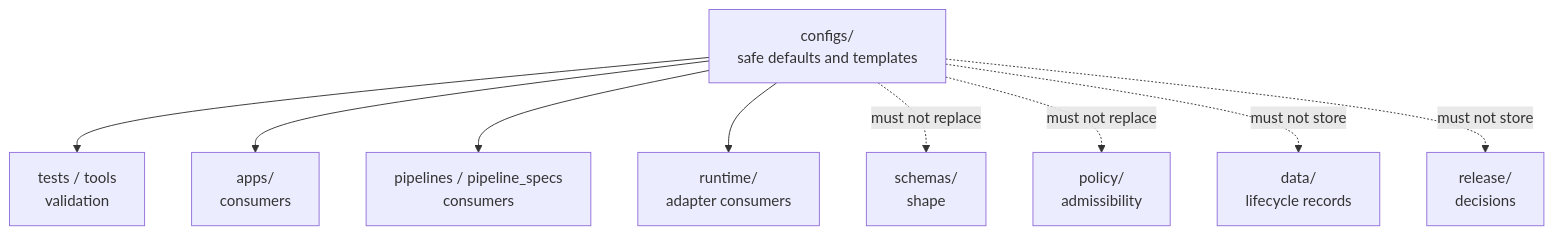
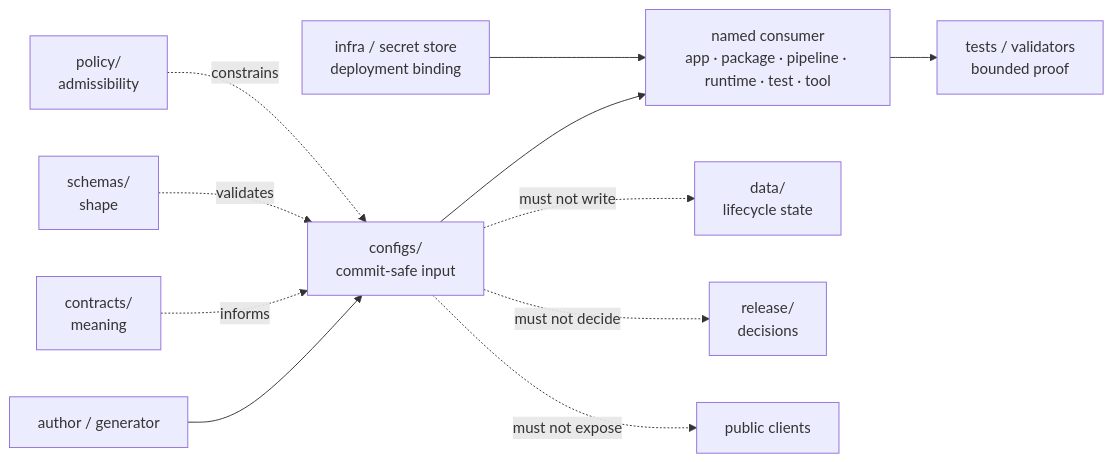
The diagram in configs/README.md (bartytime4life/Kansas-Frontier-Matrix), drawn with Mermaid before and after one commit. The commit also changed other lines of this file, not shown here.

Commit message:
docs(configs): modernize root README

````diff
--- a/configs/README.md
+++ b/configs/README.md
@@ -174,11 +370,13 @@
 ```mermaid
-flowchart TD
-    configs["configs/\nsafe defaults and templates"] --> tests["tests / tools\nvalidation"]
-    configs --> apps["apps/\nconsumers"]
-    configs --> pipelines["pipelines / pipeline_specs\nconsumers"]
-    configs --> runtime["runtime/\nadapter consumers"]
-    configs -. "must not replace" .-> schemas["schemas/\nshape"]
-    configs -. "must not replace" .-> policy["policy/\nadmissibility"]
-    configs -. "must not store" .-> data["data/\nlifecycle records"]
-    configs -. "must not store" .-> release["release/\ndecisions"]
+flowchart LR
+    AUTHOR["author / generator"] --> CFG["configs/\ncommit-safe input"]
+    CONTRACT["contracts/\nmeaning"] -. "informs" .-> CFG
+    SCHEMA["schemas/\nshape"] -. "validates" .-> CFG
+    POLICY["policy/\nadmissibility"] -. "constrains" .-> CFG
+    CFG --> CONSUMER["named consumer\napp · package · pipeline · runtime · test · tool"]
+    CONSUMER --> TESTS["tests / validators\nbounded proof"]
+    INFRA["infra / secret store\ndeployment binding"] --> CONSUMER
+    CFG -. "must not write" .-> DATA["data/\nlifecycle state"]
+    CFG -. "must not decide" .-> RELEASE["release/\ndecisions"]
+    CFG -. "must not expose" .-> PUBLIC["public clients"]
 ```
````
